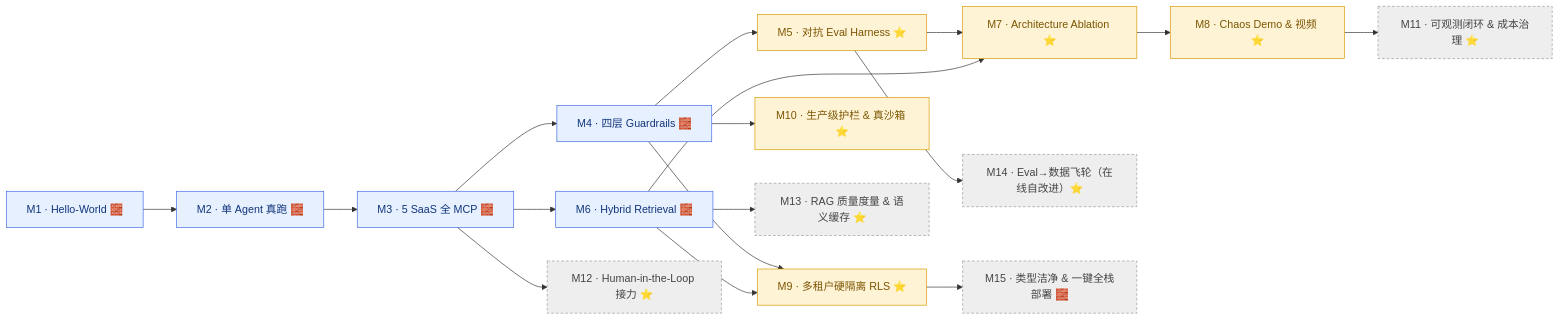
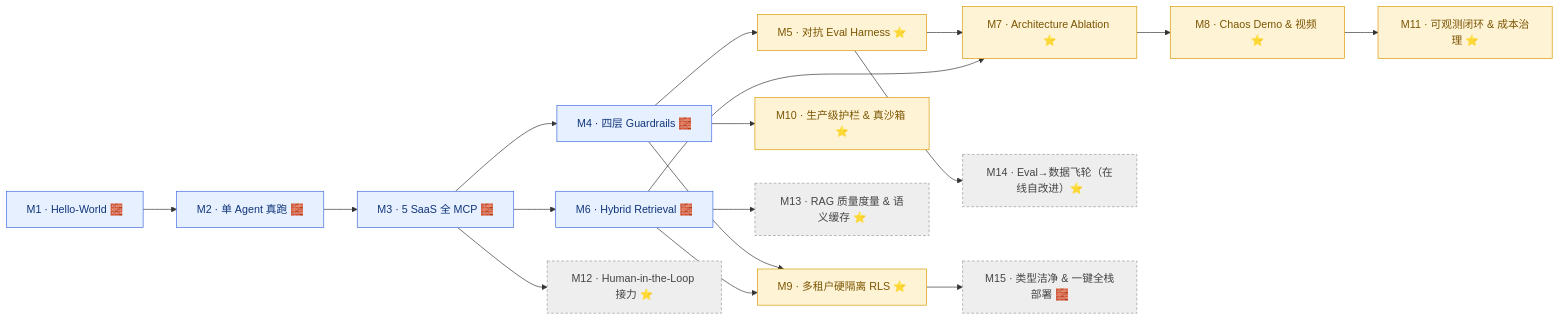
The diagram in docs/roadmap.md (AndyUneducated/resolve-ai), drawn with Mermaid before and after one commit. The commit also changed other lines of this file and 12 other files, not shown here.

````diff
--- a/docs/roadmap.md
+++ b/docs/roadmap.md
@@ -22,26 +22,26 @@
 ```mermaid
 flowchart LR
   M1["M1 · Hello-World 🧱"] --> M2["M2 · 单 Agent 真跑 🧱"]
   M2 --> M3["M3 · 5 SaaS 全 MCP 🧱"]
   M3 --> M4["M4 · 四层 Guardrails 🧱"]
   M4 --> M5["M5 · 对抗 Eval Harness ⭐"]
   M3 --> M6["M6 · Hybrid Retrieval 🧱"]
   M5 --> M7["M7 · Architecture Ablation ⭐"]
   M6 --> M7
   M7 --> M8["M8 · Chaos Demo & 视频 ⭐"]
   M4 --> M9["M9 · 多租户硬隔离 RLS ⭐"]
   M6 --> M9
   %% ---- Phase 2（规划中）----
   M4 --> M10["M10 · 生产级护栏 & 真沙箱 ⭐"]
   M8 --> M11["M11 · 可观测闭环 & 成本治理 ⭐"]
   M3 --> M12["M12 · Human-in-the-Loop 接力 ⭐"]
   M6 --> M13["M13 · RAG 质量度量 & 语义缓存 ⭐"]
   M5 --> M14["M14 · Eval→数据飞轮（在线自改进）⭐"]
   M9 --> M15["M15 · 类型洁净 & 一键全栈部署 🧱"]
   classDef base fill:#e7f0ff,stroke:#4169E1,color:#10357a;
   classDef star fill:#fff3d6,stroke:#d99a00,color:#7a5500;
   classDef plan fill:#eee,stroke:#999,color:#444,stroke-dasharray: 4 3;
   class M1,M2,M3,M4,M6 base;
-  class M5,M7,M8,M9,M10 star;
-  class M11,M12,M13,M14,M15 plan;
+  class M5,M7,M8,M9,M10,M11 star;
+  class M12,M13,M14,M15 plan;
 ```
````
